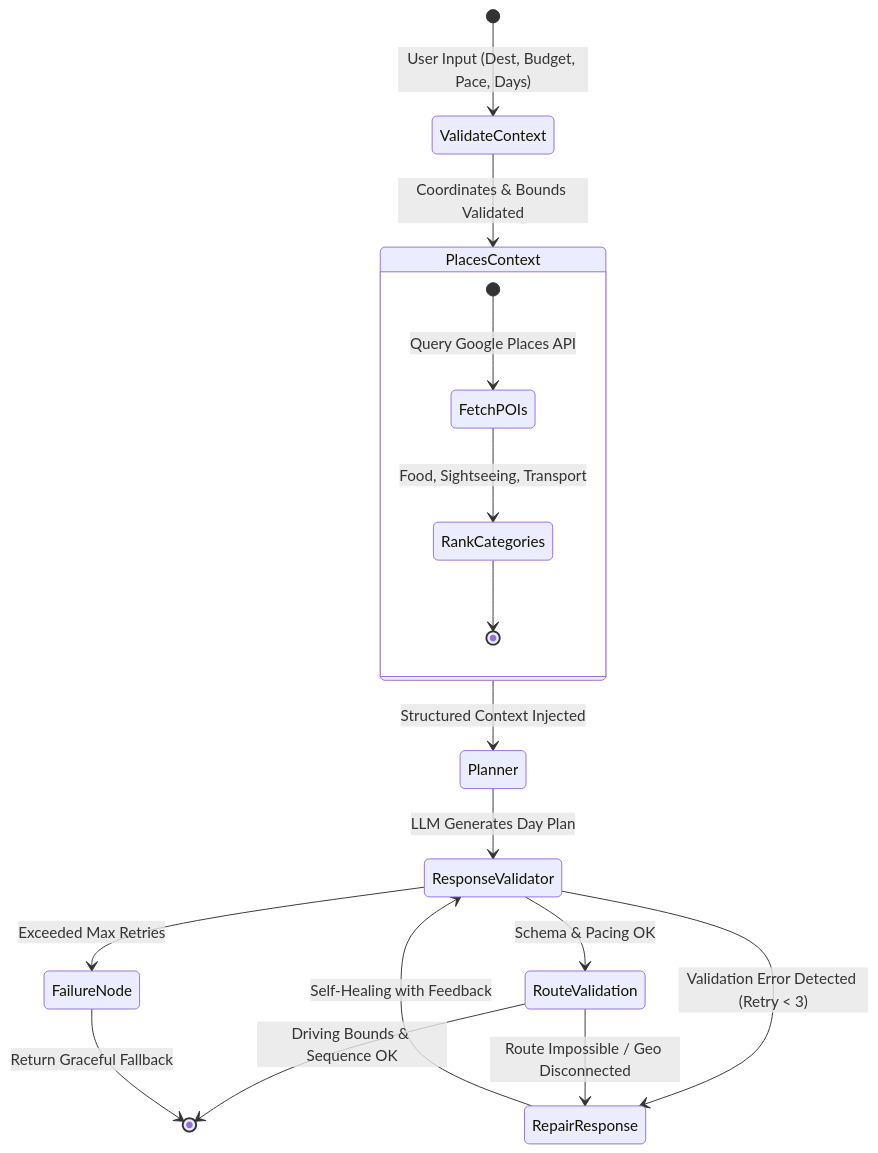
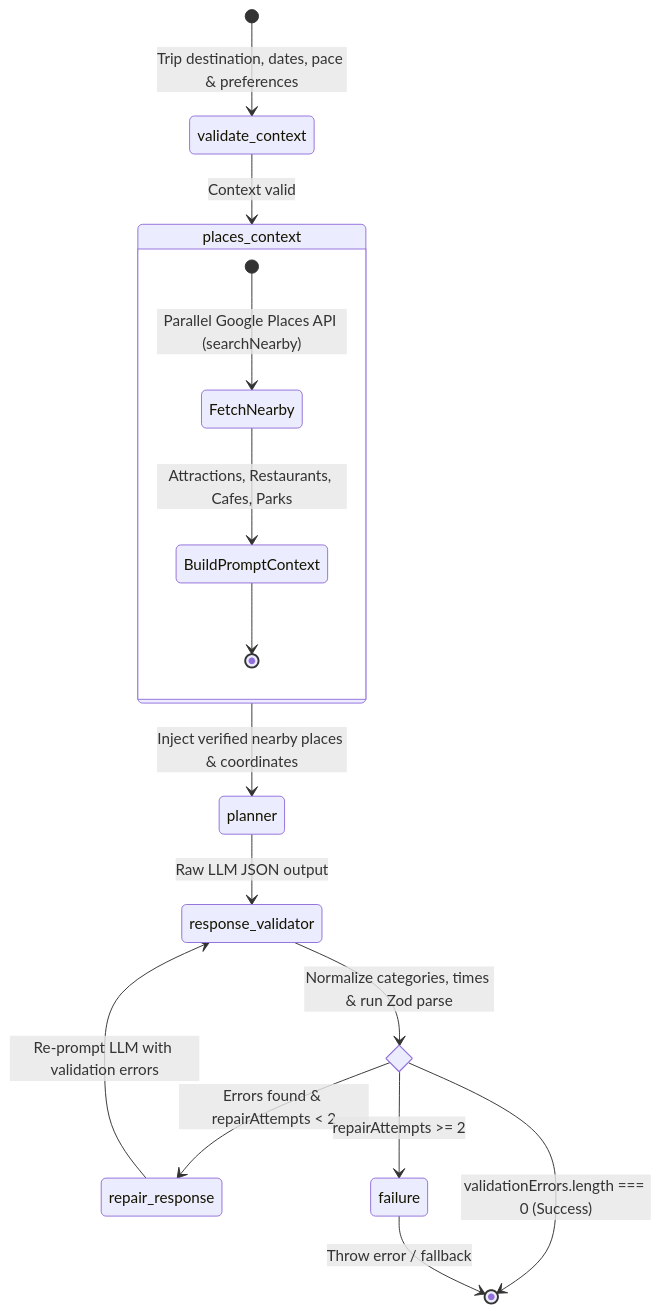
The third of 6 diagrams in README.md (Nasif284/Kafla-server), drawn with Mermaid before and after one commit. The commit also changed other lines of this file, not shown here.

````diff
--- a/README.md
+++ b/README.md
@@ -122,27 +117,24 @@
 ```mermaid
 stateDiagram-v2
-    [*] --> ValidateContext: User Input (Dest, Budget, Pace, Days)
-    ValidateContext --> PlacesContext: Coordinates & Bounds Validated
+    [*] --> validate_context: Trip destination, dates, pace & preferences
+    validate_context --> places_context: Context valid
     
-    state PlacesContext {
-        [*] --> FetchPOIs: Query Google Places API
-        FetchPOIs --> RankCategories: Food, Sightseeing, Transport
-        RankCategories --> [*]
+    state places_context {
+        [*] --> FetchNearby: Parallel Google Places API (searchNearby)
+        FetchNearby --> BuildPromptContext: Attractions, Restaurants, Cafes, Parks
+        BuildPromptContext --> [*]
     }
     
-    PlacesContext --> Planner: Structured Context Injected
-    Planner --> ResponseValidator: LLM Generates Day Plan
+    places_context --> planner: Inject verified nearby places & coordinates
+    planner --> response_validator: Raw LLM JSON output
     
-    state ResponseValidator <<choice>>
-    ResponseValidator --> RouteValidation: Schema & Pacing OK
-    ResponseValidator --> RepairResponse: Validation Error Detected (Retry < 3)
-    ResponseValidator --> FailureNode: Exceeded Max Retries
+    state routeValidation <<choice>>
+    response_validator --> routeValidation: Normalize categories, times & run Zod parse
     
-    RepairResponse --> ResponseValidator: Self-Healing with Feedback
+    routeValidation --> [*]: validationErrors.length === 0 (Success)
+    routeValidation --> repair_response: Errors found & repairAttempts < 2
+    routeValidation --> failure: repairAttempts >= 2
     
-    state RouteValidation <<choice>>
-    RouteValidation --> [*]: Driving Bounds & Sequence OK
-    RouteValidation --> RepairResponse: Route Impossible / Geo Disconnected
-    
-    FailureNode --> [*]: Return Graceful Fallback
+    repair_response --> response_validator: Re-prompt LLM with validation errors
+    failure --> [*]: Throw error / fallback
 ```
````
